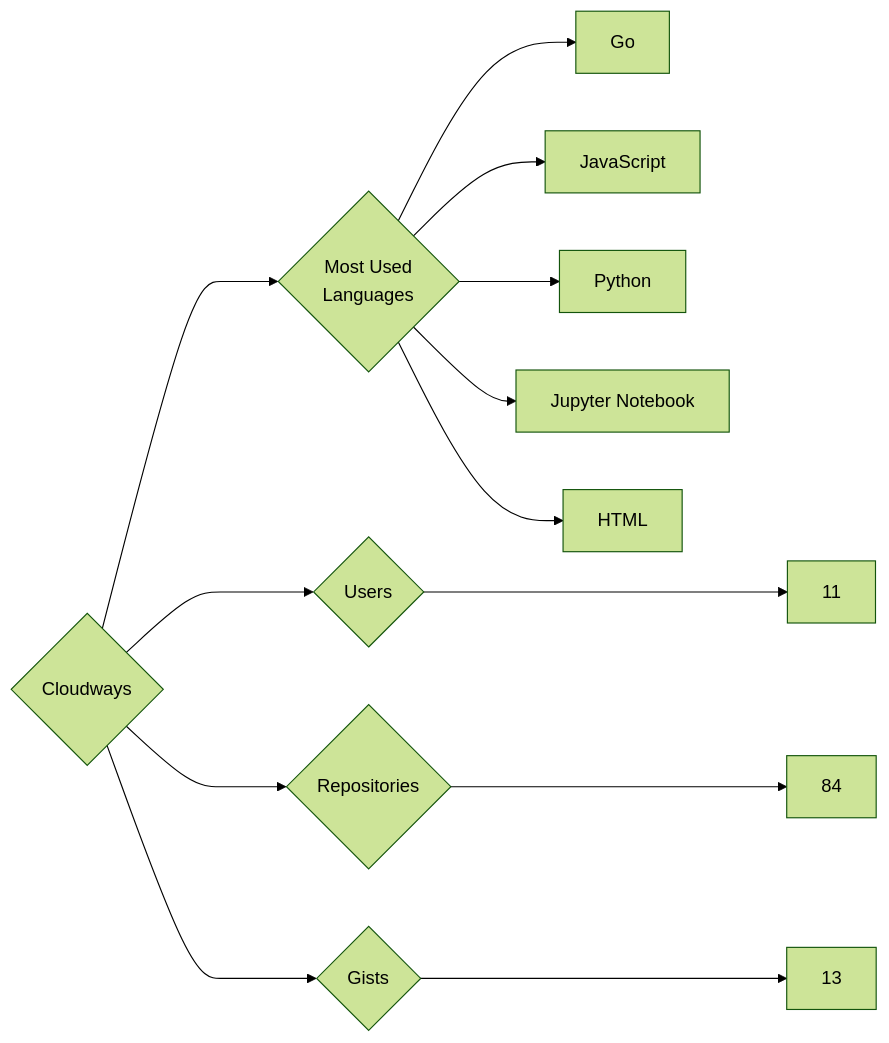
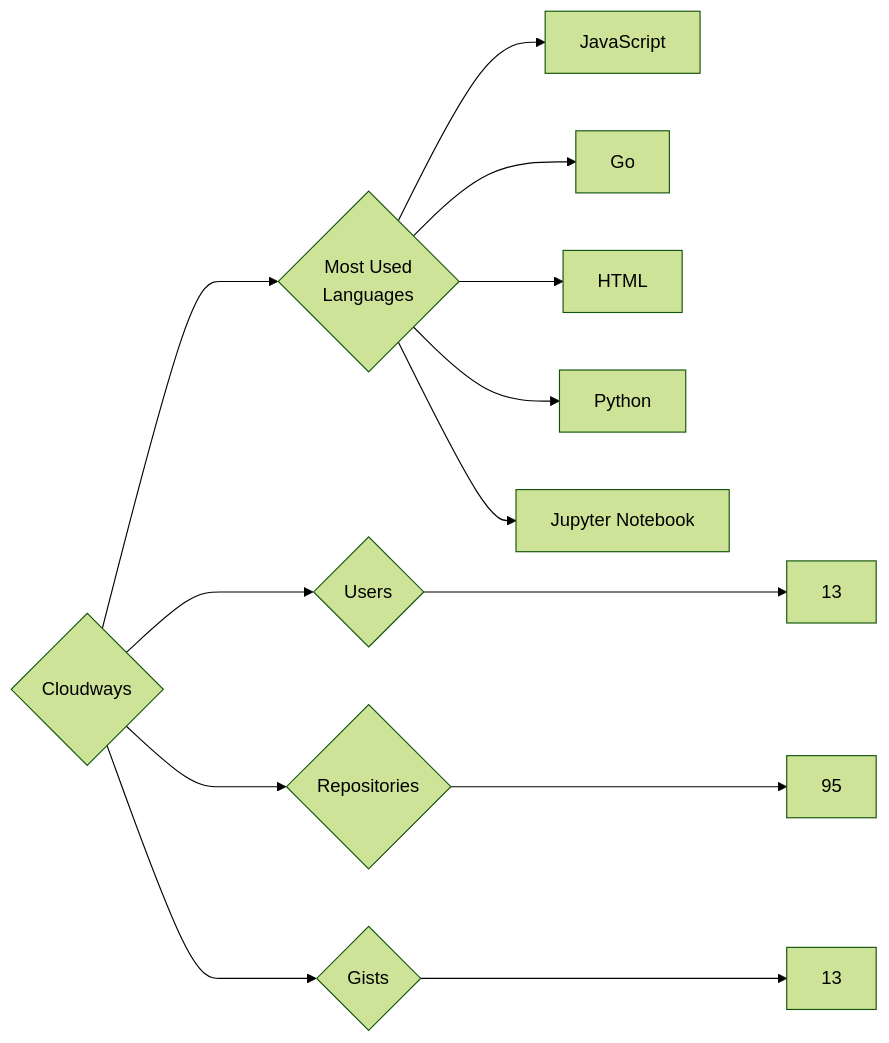
Before and after one commit to trickest/insiders: the diagram in targets/Cloudways/README.md, drawn with Mermaid (forest theme). The commit also changed 1167 other files, not shown here.

````diff
--- a/targets/Cloudways/README.md
+++ b/targets/Cloudways/README.md
@@ -3,13 +3,13 @@
 ```mermaid
 graph LR
 COMPANY_NAME{Cloudways}
-COMPANY_NAME ---> U{Users} ---> UN[11]
-COMPANY_NAME ---> R{Repositories} ---> RN[84]
+COMPANY_NAME ---> U{Users} ---> UN[13]
+COMPANY_NAME ---> R{Repositories} ---> RN[95]
 COMPANY_NAME ---> G{Gists} ---> GN[13]
 COMPANY_NAME ---> ML{Most Used<br>Languages}
+ML --> JavaScript[JavaScript]
 ML --> Go[Go]
-ML --> JavaScript[JavaScript]
+ML --> HTML[HTML]
 ML --> Python[Python]
 ML --> Jupyter_Notebook[Jupyter Notebook]
-ML --> HTML[HTML]
 ```
````
